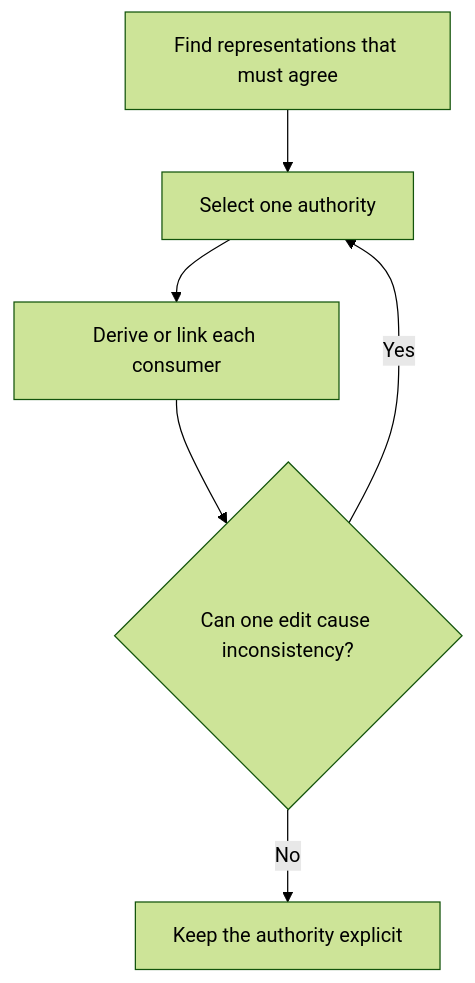
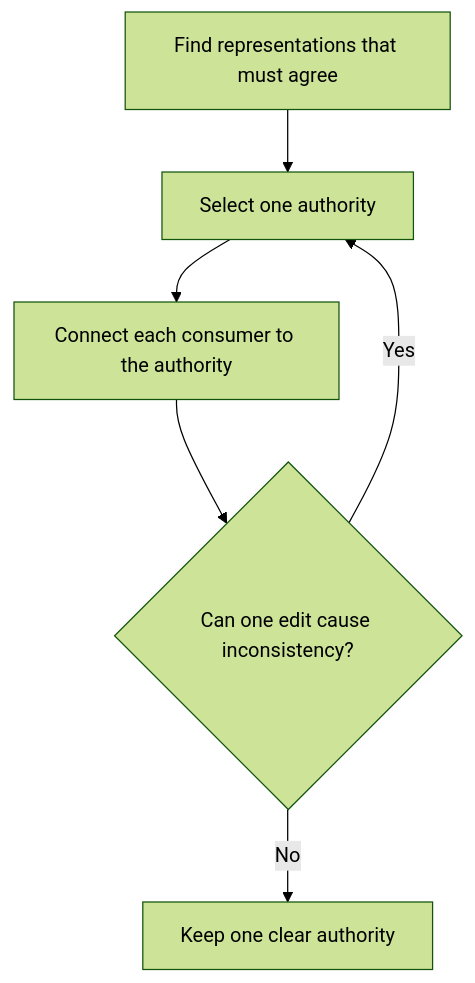
One commit to HomericIntelligence/Athena changed the diagram in docs/principles/details/p003-dry.md. Above: the diagram before and after it, drawn with Mermaid (forest theme). The commit also changed other lines of this file and 91 other files, not shown here.

````diff
--- a/docs/principles/details/p003-dry.md
+++ b/docs/principles/details/p003-dry.md
@@ -33,8 +35,8 @@
 ```mermaid
 flowchart TD
     A["Find representations that must agree"] --> B["Select one authority"]
-    B --> C["Derive or link each consumer"]
+    B --> C["Connect each consumer to the authority"]
     C --> D{"Can one edit cause inconsistency?"}
     D -->|Yes| B
-    D -->|No| E["Keep the authority explicit"]
+    D -->|No| E["Keep one clear authority"]
 ```
````
